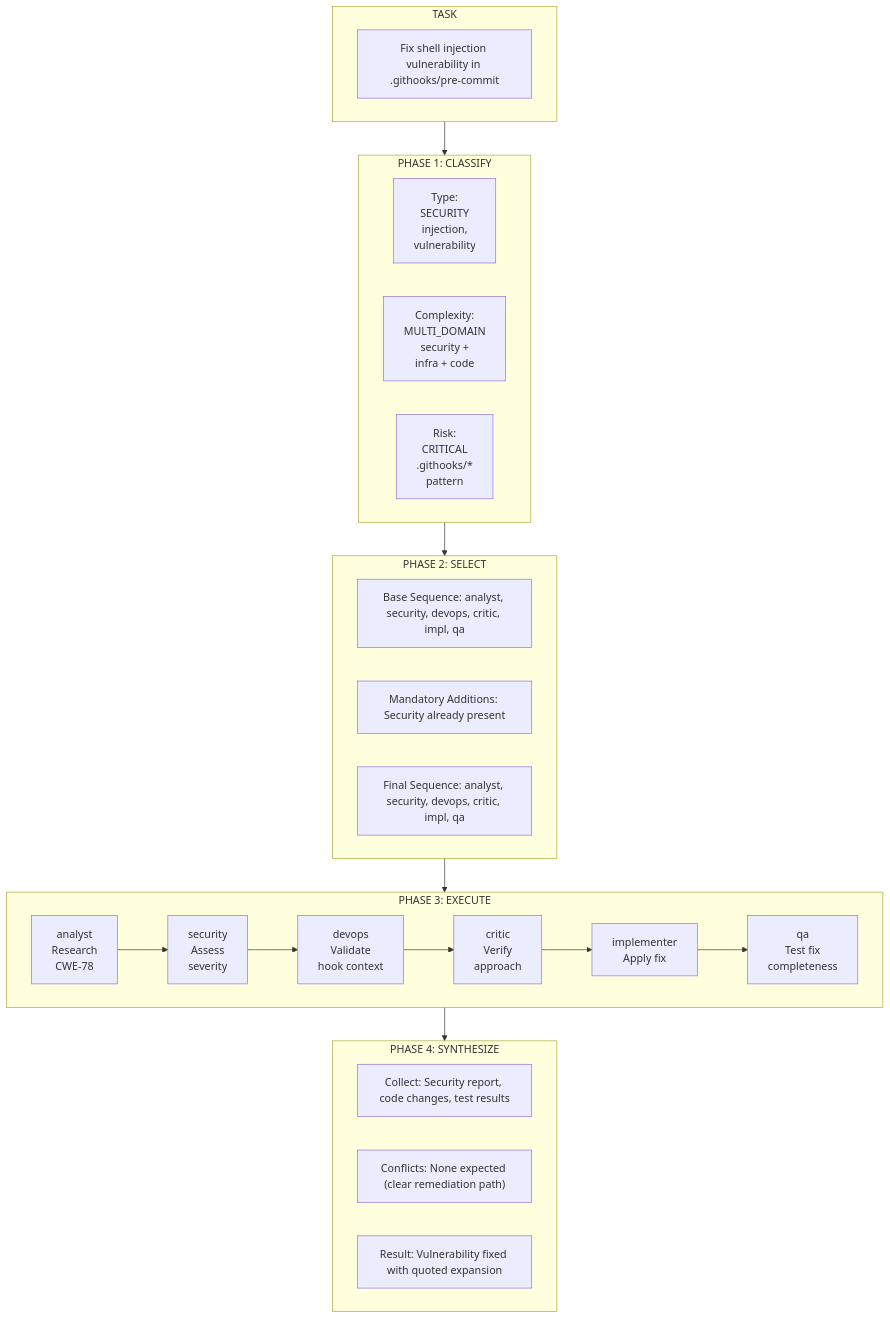
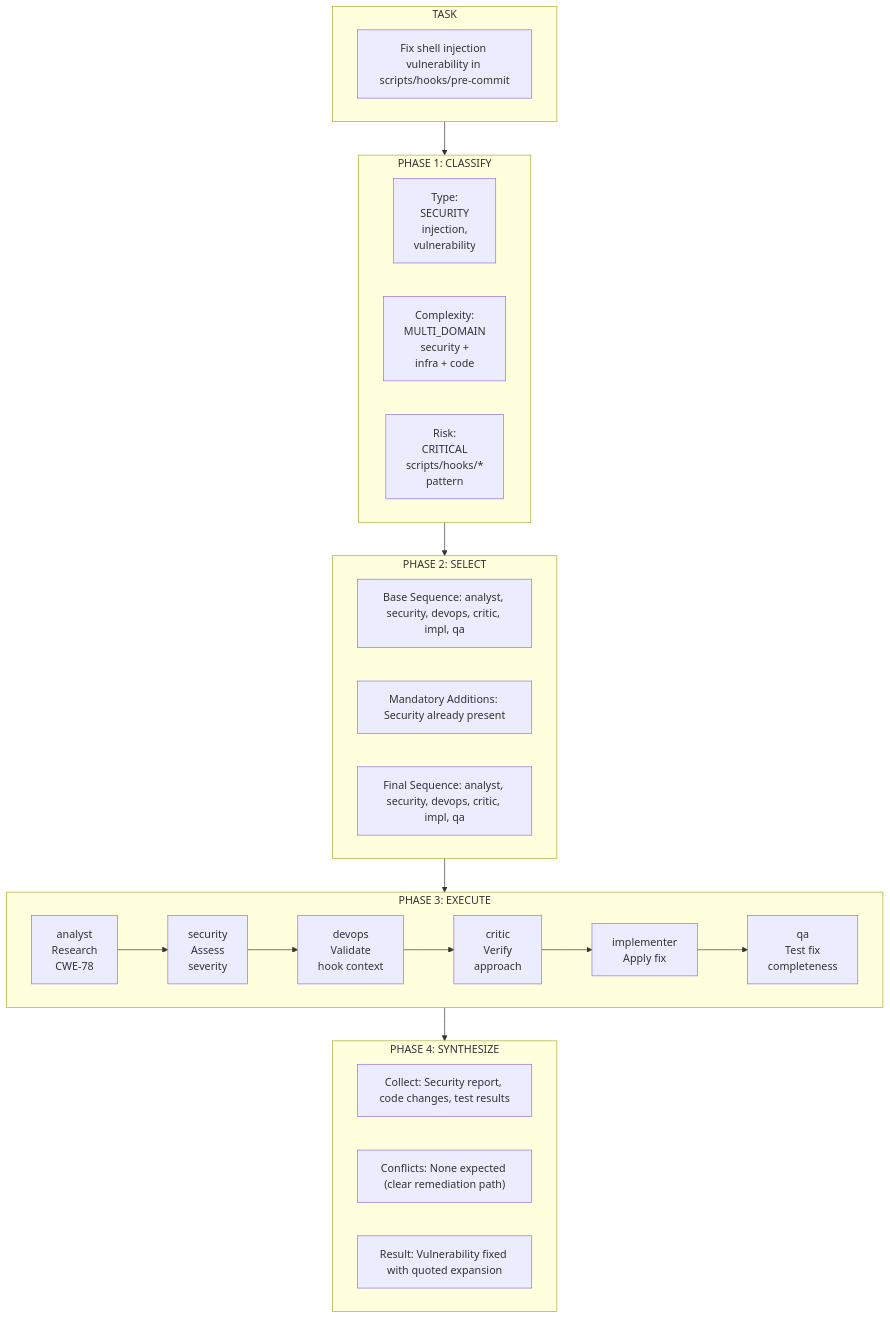
Before and after one commit to rjmurillo/ai-agents: the eighth of 8 diagrams in docs/diagrams/routing-flowchart.md, drawn with Mermaid. The commit also changed other lines of this file and 4 other files, not shown here.

````diff
--- a/docs/diagrams/routing-flowchart.md
+++ b/docs/diagrams/routing-flowchart.md
@@ -194,37 +194,37 @@
 ```mermaid
 flowchart TB
     subgraph Task["TASK"]
-        TASK_DESC["Fix shell injection vulnerability in .githooks/pre-commit"]
+        TASK_DESC["Fix shell injection vulnerability in scripts/hooks/pre-commit"]
     end
 
     subgraph Phase1["PHASE 1: CLASSIFY"]
         TYPE[Type:<br/>SECURITY<br/>injection,<br/>vulnerability]
         COMPLEXITY[Complexity:<br/>MULTI_DOMAIN<br/>security +<br/>infra + code]
-        RISK[Risk:<br/>CRITICAL<br/>.githooks/*<br/>pattern]
+        RISK[Risk:<br/>CRITICAL<br/>scripts/hooks/*<br/>pattern]
     end
 
     subgraph Phase2["PHASE 2: SELECT"]
         BASE["Base Sequence: analyst, security, devops, critic, impl, qa"]
         ADDITIONS["Mandatory Additions: Security already present"]
         FINAL["Final Sequence: analyst, security, devops, critic, impl, qa"]
     end
 
     subgraph Phase3["PHASE 3: EXECUTE"]
         ANALYST[analyst<br/>Research<br/>CWE-78] --> SECURITY_AGENT[security<br/>Assess<br/>severity]
         SECURITY_AGENT --> DEVOPS[devops<br/>Validate<br/>hook context]
         DEVOPS --> CRITIC[critic<br/>Verify<br/>approach]
         CRITIC --> IMPLEMENTER[implementer<br/>Apply fix]
         IMPLEMENTER --> QA[qa<br/>Test fix<br/>completeness]
     end
 
     subgraph Phase4["PHASE 4: SYNTHESIZE"]
         COLLECT_P4["Collect: Security report, code changes, test results"]
         CONFLICTS["Conflicts: None expected (clear remediation path)"]
         RESULT["Result: Vulnerability fixed with quoted expansion"]
     end
 
     Task --> Phase1
     Phase1 --> Phase2
     Phase2 --> Phase3
     Phase3 --> Phase4
 ```
````
